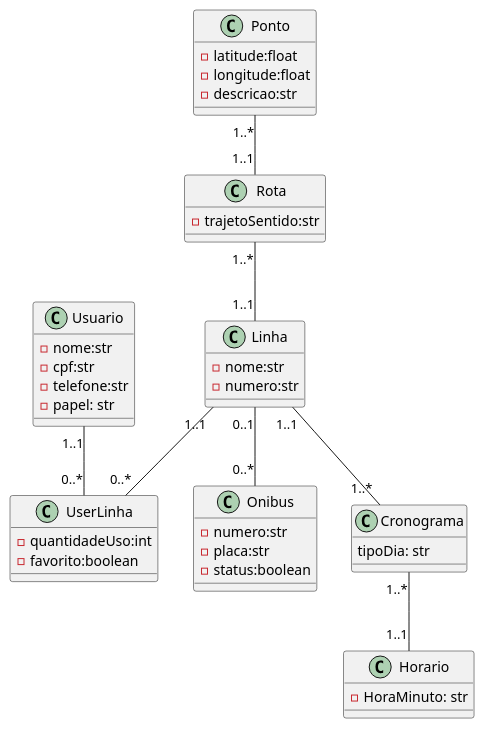
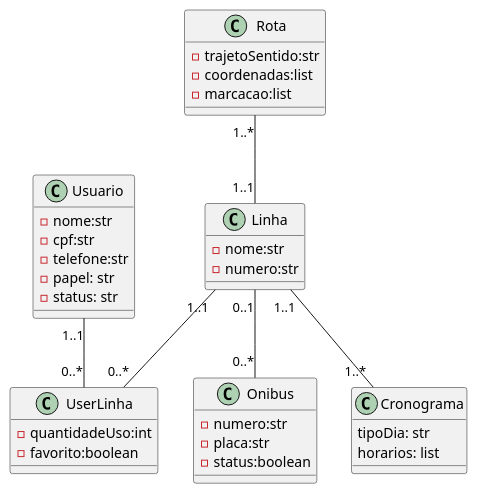
The diagram in docs/mybus_uml.puml (saames/mybus), drawn with PlantUML before and after one commit. The commit also changed 1 other file, not shown here.

Commit message:
Feat: Novo diagrama de classe

```diff
--- a/docs/mybus_uml.puml
+++ b/docs/mybus_uml.puml
@@ -1,56 +1,46 @@
 @startuml mybus
 class Onibus{
     -numero:str
     -placa:str
     -status:boolean
 }
 class Usuario{
     -nome:str
     -cpf:str
     -telefone:str
     -papel: str
-
+    -status: str
 }
 class Linha{
     -nome:str
     -numero:str
 }
+
 class Rota{
     -trajetoSentido:str
+    -coordenadas:list
+    -marcacao:list
 }
 
 
-class Ponto{
-    -latitude:float
-    -longitude:float
-    -descricao:str
-
-}
-
 class Cronograma{
     tipoDia: str
+    horarios: list
 }
 
 class UserLinha{
     -quantidadeUso:int
     -favorito:boolean
 }
 
-class Horario {
-    -HoraMinuto: str
-
-}
-
 Linha "0..1" -- "0..*" Onibus
-Rota "1..*" -- "1..1"Linha
-Ponto "1..*" -- "1..1" Rota
+Rota "1..*" -- "1..1" Linha
 Linha "1..1" -- "1..*" Cronograma
-Cronograma "1..*" -- "1..1"Horario
 Usuario "1..1" -- "0..*"UserLinha
 Linha "1..1" -- "0..*" UserLinha
 
 
 
 
 
 @enduml
```
